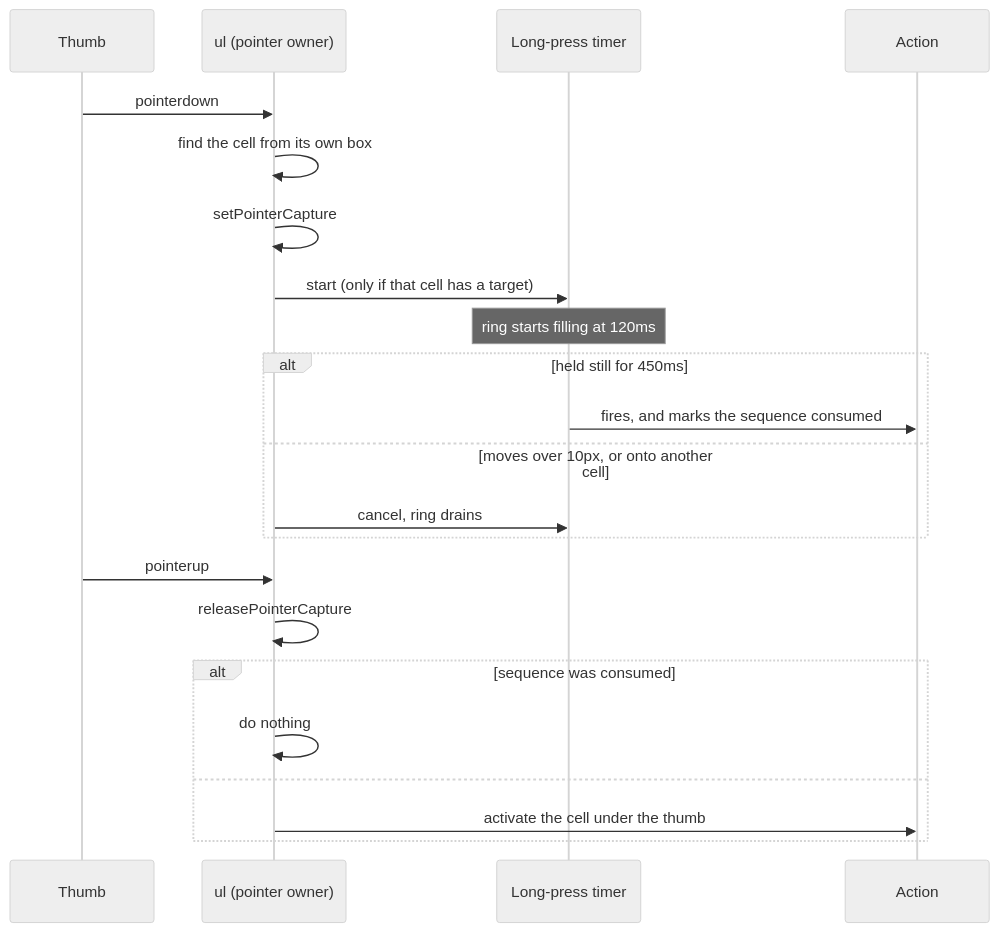
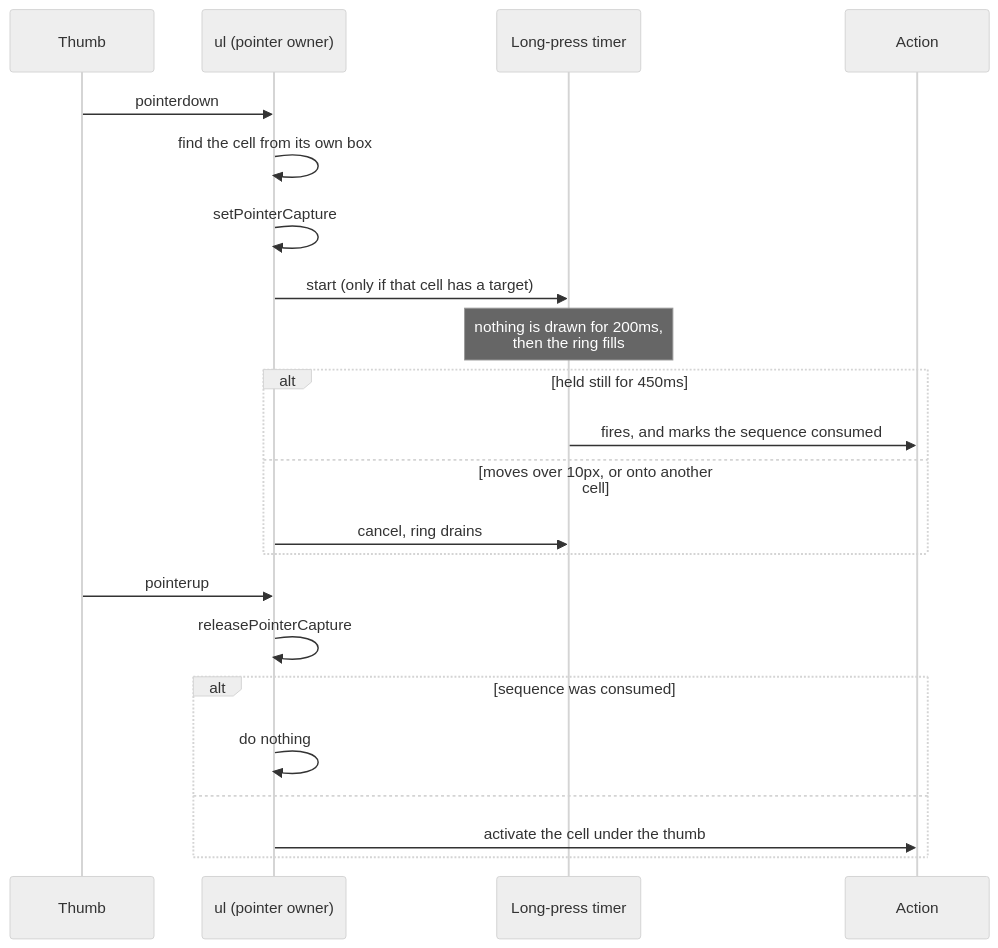
Before and after one commit to OffCrazyFreak/Disscount: the second of 4 diagrams in docs/MOBILE-NAV.md, drawn with Mermaid (neutral theme). The commit also changed other lines of this file, not shown here.

````diff
--- a/docs/MOBILE-NAV.md
+++ b/docs/MOBILE-NAV.md
@@ -122,27 +138,27 @@
 ```mermaid
 sequenceDiagram
     participant U as Thumb
     participant L as ul (pointer owner)
     participant T as Long-press timer
     participant A as Action
 
     U->>L: pointerdown
     L->>L: find the cell from its own box
     L->>L: setPointerCapture
     L->>T: start (only if that cell has a target)
-    Note over T: ring starts filling at 120ms
+    Note over T: nothing is drawn for 200ms,<br/>then the ring fills
 
     alt held still for 450ms
         T->>A: fires, and marks the sequence consumed
     else moves over 10px, or onto another cell
         L->>T: cancel, ring drains
     end
 
     U->>L: pointerup
     L->>L: releasePointerCapture
     alt sequence was consumed
         L->>L: do nothing
     else
         L->>A: activate the cell under the thumb
     end
 ```
````
